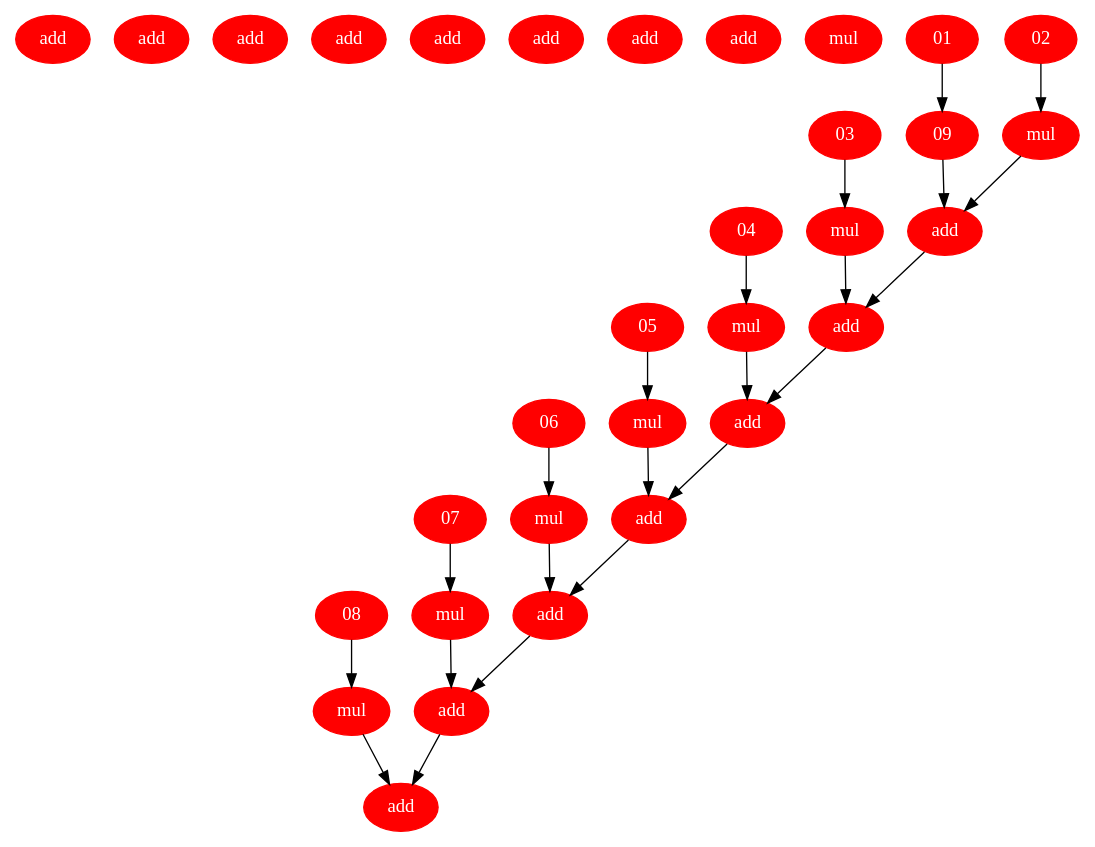
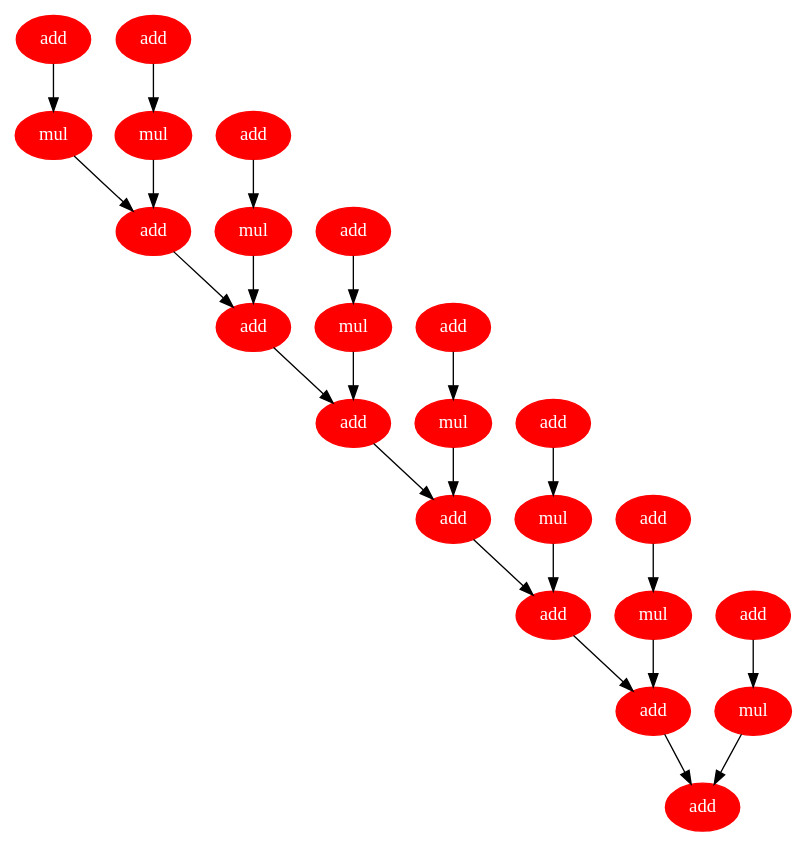
Before and after one commit to zephyr2k/project_nitd_clock: the diagram in benchmark/fir2.dot, drawn with Graphviz. The commit also changed 5 other files, not shown here.

```diff
--- a/benchmark/fir2.dot
+++ b/benchmark/fir2.dot
@@ -1,48 +1,48 @@
 digraph fir1 {
     node [fontcolor=white,style=filled,color="160,60,12"];
-    1 [label = add];
-    2 [label = add];
-    3 [label = add];
-    4 [label = add];
-    5 [label = add];
-    6 [label = add];
-    7 [label = add];
-    8 [label = add];
-    9 [label = mul];
+    01 [label = add];
+    02 [label = add];
+    03 [label = add];
+    04 [label = add];
+    05 [label = add];
+    06 [label = add];
+    07 [label = add];
+    08 [label = add];
+    09 [label = mul];
     10 [label = mul];
     11 [label = mul];
     12 [label = mul];
     13 [label = mul];
     14 [label = mul];
     15 [label = mul];
     16 [label = mul];
     17 [label = add];
     18 [label = add];
     19 [label = add];
     20 [label = add];
     21 [label = add];
     22 [label = add];
     23 [label = add];
     01 -> 09 [name=3];
     02 -> 10 [name=6];
     03 -> 11 [name=9];
     04 -> 12 [name=12];
     05 -> 13 [name=15];
     06 -> 14 [name=18];
     07 -> 15 [name=21];
     08 -> 16 [name=24];
     09 -> 17 [name=25];
     10 -> 17 [name=6];
     11 -> 18 [name=27];
     12 -> 19 [name=28];
     13 -> 20 [name=7];
     14 -> 21 [name=30];
     15 -> 22 [name=31];
     16 -> 23 [name=8];
     17 -> 18 [name=9];
     18 -> 19 [name=10];
     19 -> 20 [name=11];
     20 -> 21 [name=12];
     21 -> 22 [name=13];
     22 -> 23 [name=14];
 }
```
